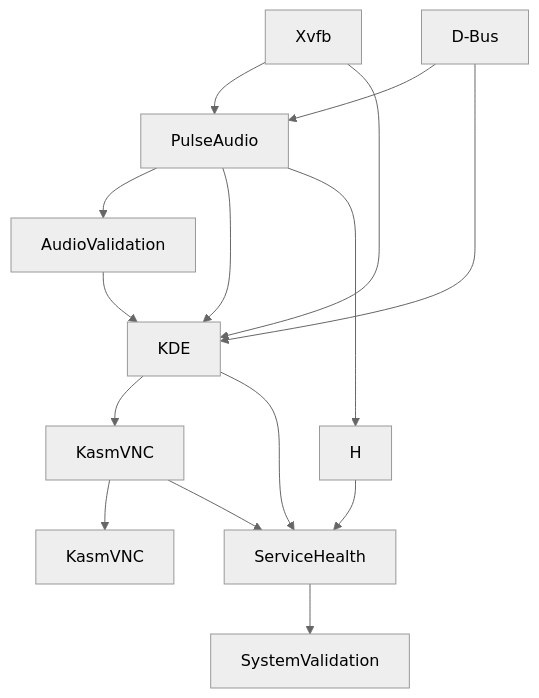
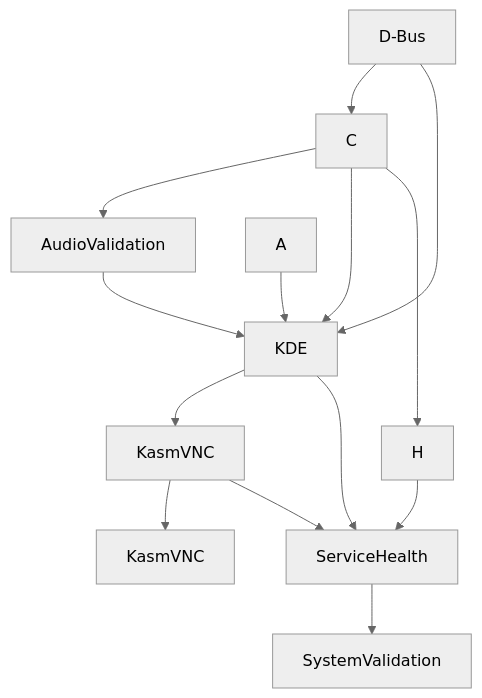
The diagram in ubuntu-kde-docker/SERVICES.md (MarketingLimited/webtop-omni-desktop), drawn with Mermaid (neutral theme) before and after one commit. The commit also changed other lines of this file and 15 other files, not shown here.

````diff
--- a/ubuntu-kde-docker/SERVICES.md
+++ b/ubuntu-kde-docker/SERVICES.md
@@ -107,18 +100,17 @@
 ```mermaid
 graph TD
-    A[Xvfb] --> C[PulseAudio]
     B[D-Bus] --> C
     C --> D[AudioValidation]
     D --> E[KDE]
     C --> E
     A --> E
     B --> E
     E --> F[KasmVNC]
     F --> G[KasmVNC]
     
     C --> H
     E --> I[ServiceHealth]
     F --> I
     H --> I
     I --> J[SystemValidation]
 ```
````
